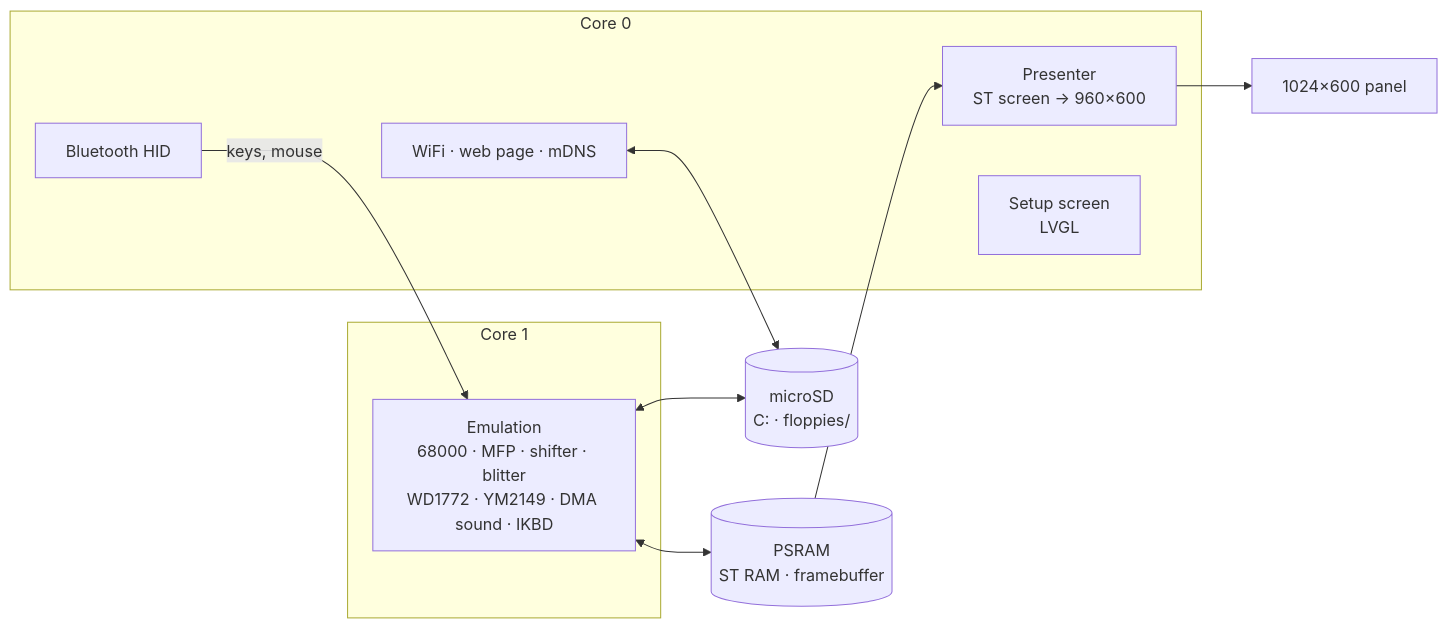
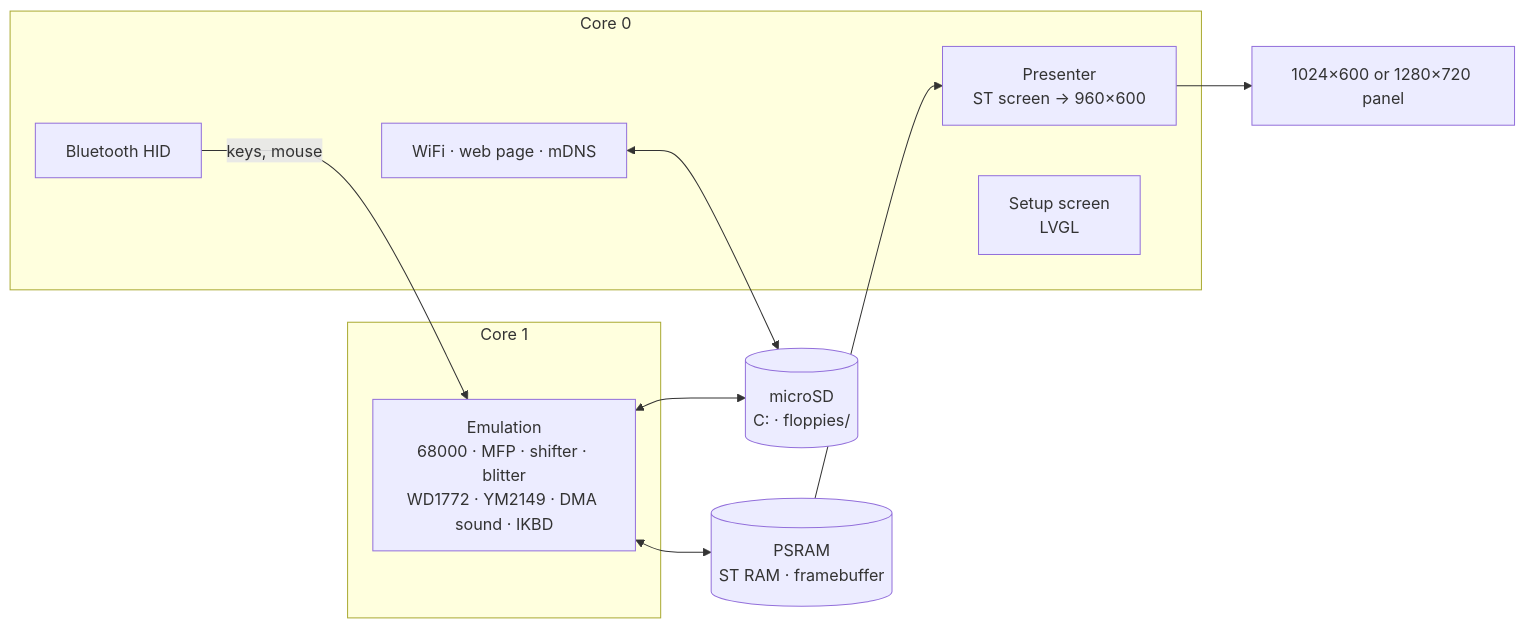
Before and after one commit to rlucencic/esp32ste: the diagram in README.md, drawn with Mermaid. The commit also changed other lines of this file and 3 other files, not shown here.

````diff
--- a/README.md
+++ b/README.md
@@ -152,20 +157,20 @@
 ```mermaid
 flowchart LR
   subgraph core1 [Core 1]
     EMU["Emulation<br>68000 · MFP · shifter · blitter<br>WD1772 · YM2149 · DMA sound · IKBD"]
   end
   subgraph core0 [Core 0]
     PRES[Presenter<br>ST screen → 960×600]
     UI[Setup screen<br>LVGL]
     NET[WiFi · web page · mDNS]
     BLE[Bluetooth HID]
   end
   PSRAM[(PSRAM<br>ST RAM · framebuffer)]
   SD[(microSD<br>C: · floppies/)]
   EMU <--> PSRAM
-  PRES --> LCD[1024×600 panel]
+  PRES --> LCD[1024×600 or 1280×720 panel]
   PSRAM --> PRES
   BLE -- keys, mouse --> EMU
   EMU <--> SD
   NET <--> SD
 ```
````
